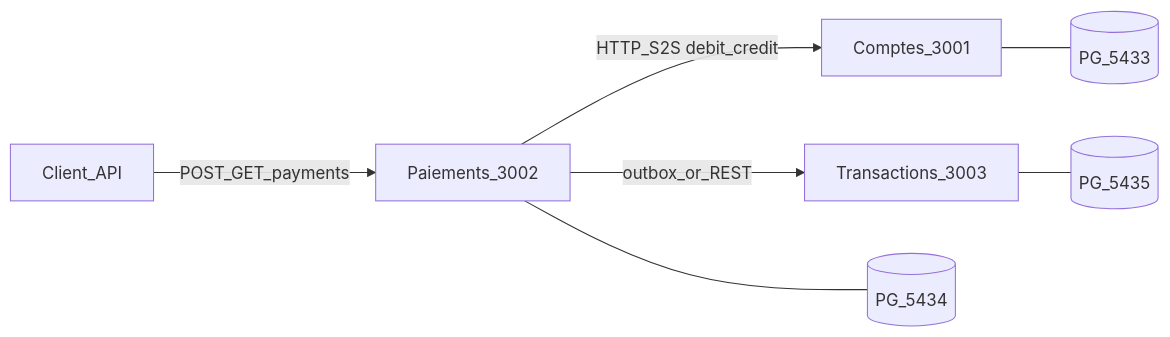
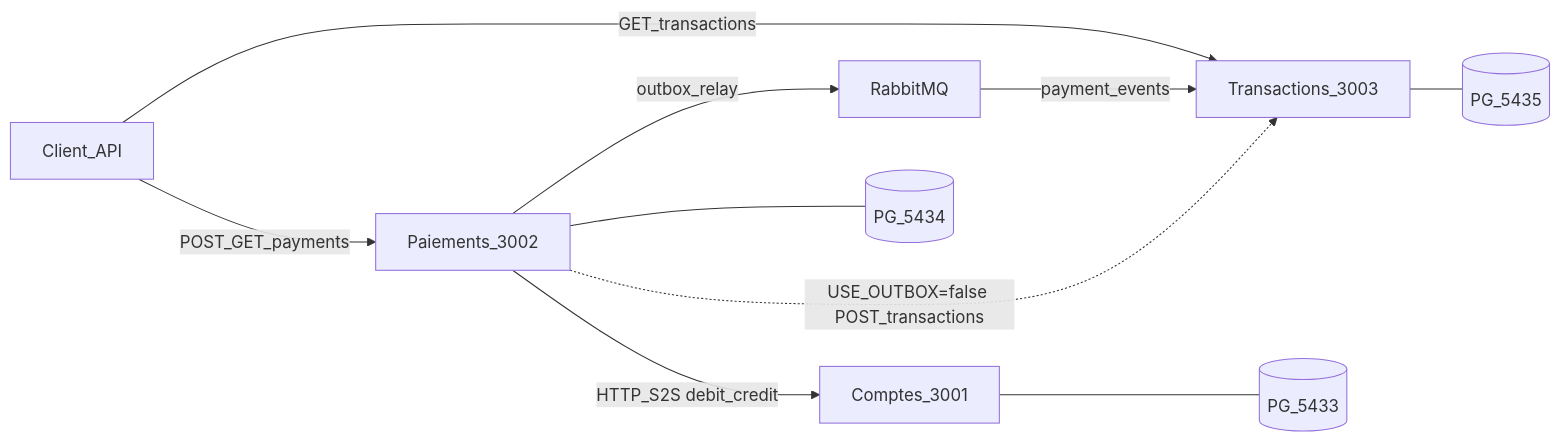
One commit to yves1da2vinci3/paynah-test changed the diagram in README.md. Above: the diagram before and after it, drawn with Mermaid. The commit also changed other lines of this file, not shown here.

Commit message:
docs(README): update payment system overview and features section Enhance the README with details on RabbitMQ integration, outbox fallback, and clarify service communication. Update feature descriptions for accounts, payments, and transactions, including API endpoints and usage examples.

````diff
--- a/README.md
+++ b/README.md
@@ -33,13 +33,17 @@
 ```mermaid
 flowchart LR
   Client[Client_API]
   Pay[Paiements_3002]
   Acc[Comptes_3001]
   Txn[Transactions_3003]
+  RMQ[RabbitMQ]
   Client -->|POST_GET_payments| Pay
+  Client -->|GET_transactions| Txn
   Pay -->|"HTTP_S2S debit_credit"| Acc
-  Pay -->|"outbox_or_REST"| Txn
+  Pay -->|outbox_relay| RMQ
+  RMQ -->|payment_events| Txn
+  Pay -.->|"USE_OUTBOX=false POST_transactions"| Txn
   Acc --- PgA[(PG_5433)]
   Pay --- PgP[(PG_5434)]
   Txn --- PgT[(PG_5435)]
 ```
````
